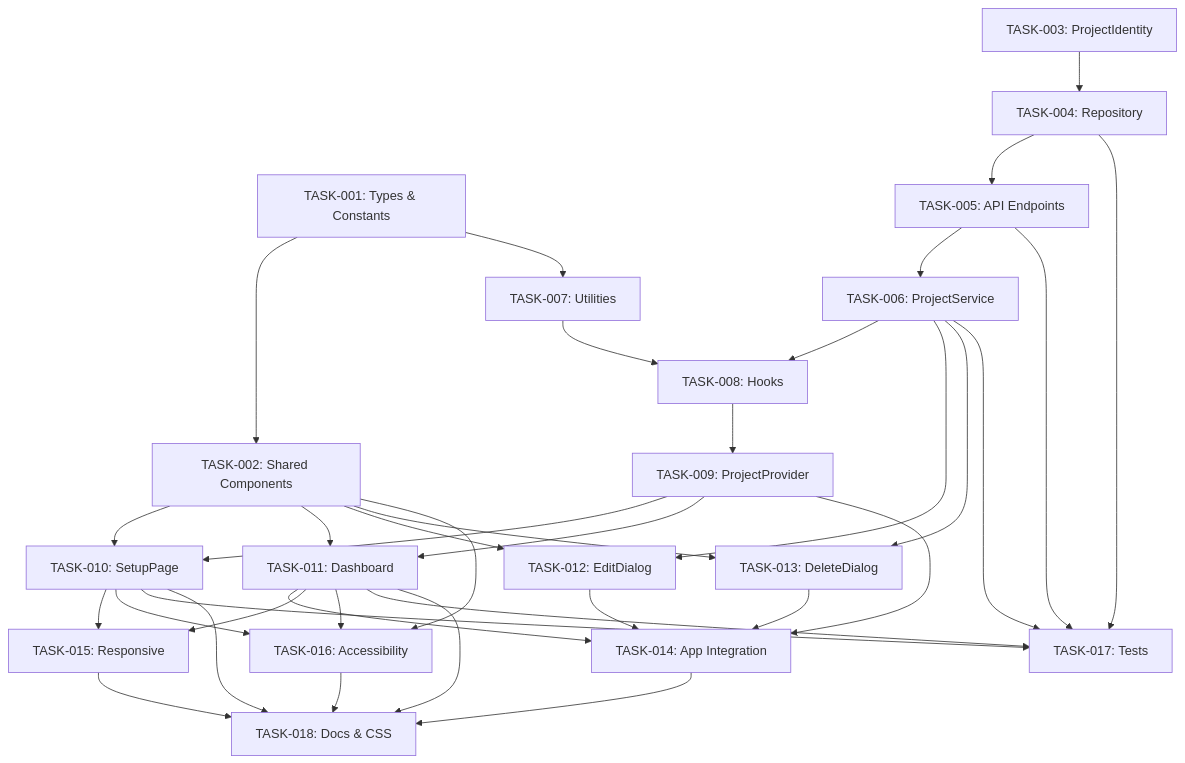
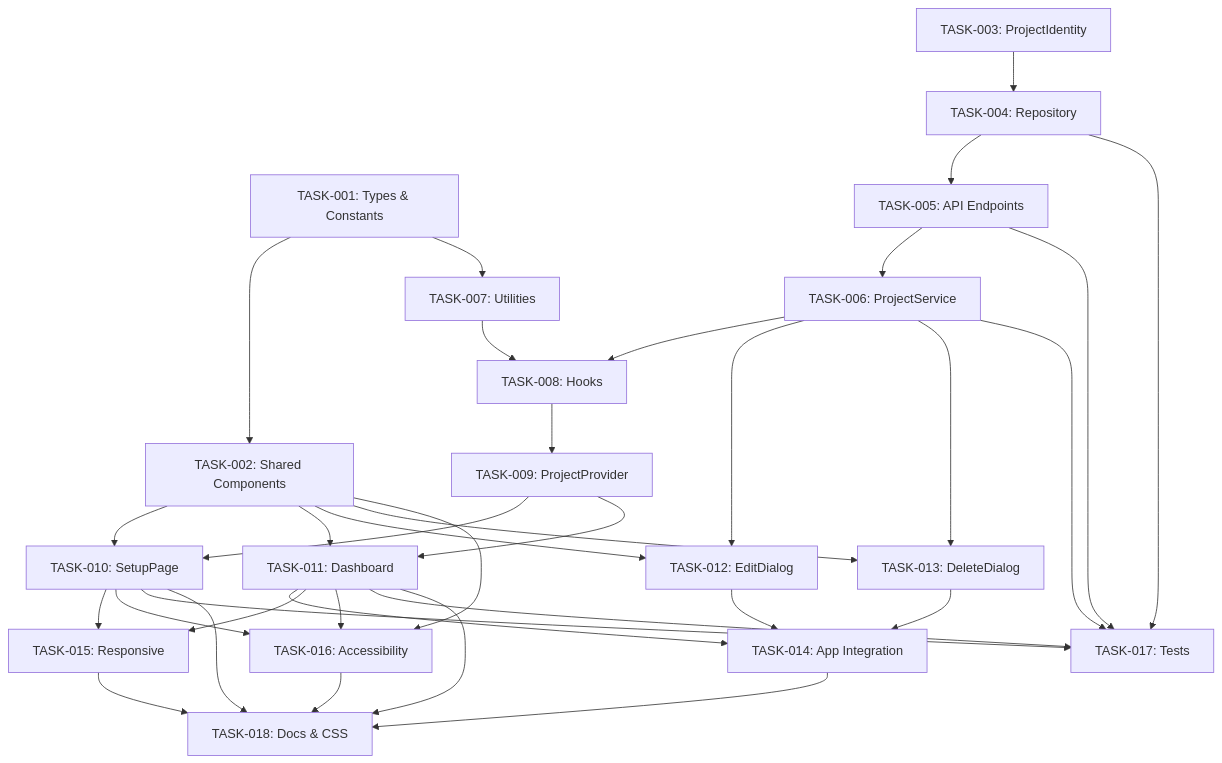
Before and after one commit to vaibhavs1997/AI_Validation_Tool: the diagram in docs/sprints/Sprint-01-Project-Foundation/08_Implementation_Plan.md, drawn with Mermaid. The commit also changed other lines of this file and 15 other files, not shown here.

````diff
--- a/docs/sprints/Sprint-01-Project-Foundation/08_Implementation_Plan.md
+++ b/docs/sprints/Sprint-01-Project-Foundation/08_Implementation_Plan.md
@@ -551,38 +551,37 @@
 ```mermaid
 graph TD
     T001[TASK-001: Types & Constants] --> T002[TASK-002: Shared Components]
     T001 --> T007[TASK-007: Utilities]
     T003[TASK-003: ProjectIdentity] --> T004[TASK-004: Repository]
     T004 --> T005[TASK-005: API Endpoints]
     T005 --> T006[TASK-006: ProjectService]
     T006 --> T008[TASK-008: Hooks]
     T007 --> T008
     T008 --> T009[TASK-009: ProjectProvider]
     T002 --> T010[TASK-010: SetupPage]
     T002 --> T011[TASK-011: Dashboard]
     T002 --> T012[TASK-012: EditDialog]
     T002 --> T013[TASK-013: DeleteDialog]
     T006 --> T012
     T006 --> T013
     T009 --> T010
     T009 --> T011
-    T009 --> T014[TASK-014: App Integration]
-    T011 --> T014
+    T011 --> T014[TASK-014: App Integration]
     T012 --> T014
     T013 --> T014
     T010 --> T015[TASK-015: Responsive]
     T011 --> T015
     T002 --> T016[TASK-016: Accessibility]
     T010 --> T016
     T011 --> T016
     T004 --> T017[TASK-017: Tests]
     T005 --> T017
     T006 --> T017
     T010 --> T017
     T011 --> T017
     T010 --> T018[TASK-018: Docs & CSS]
     T011 --> T018
     T014 --> T018
     T015 --> T018
     T016 --> T018
 ```
````
